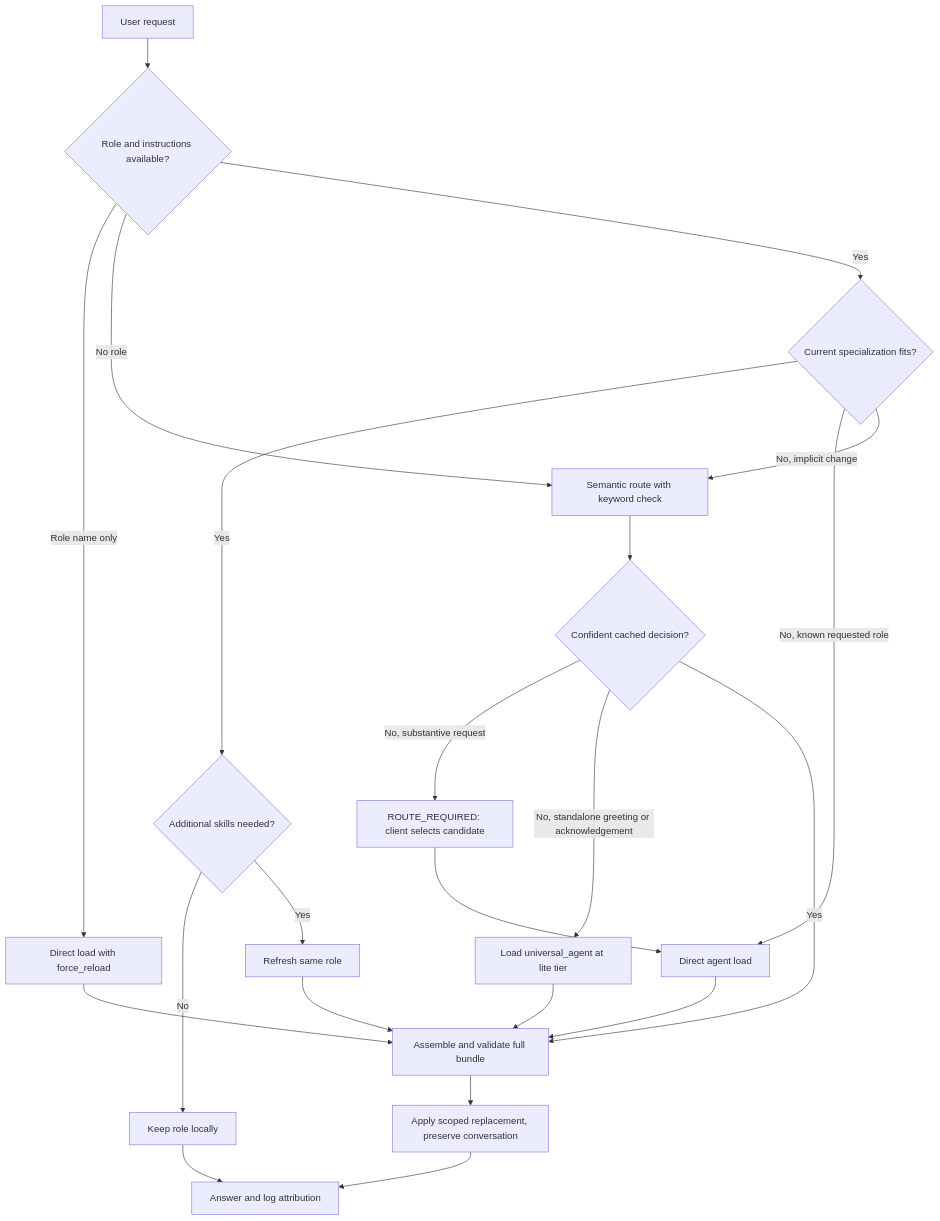
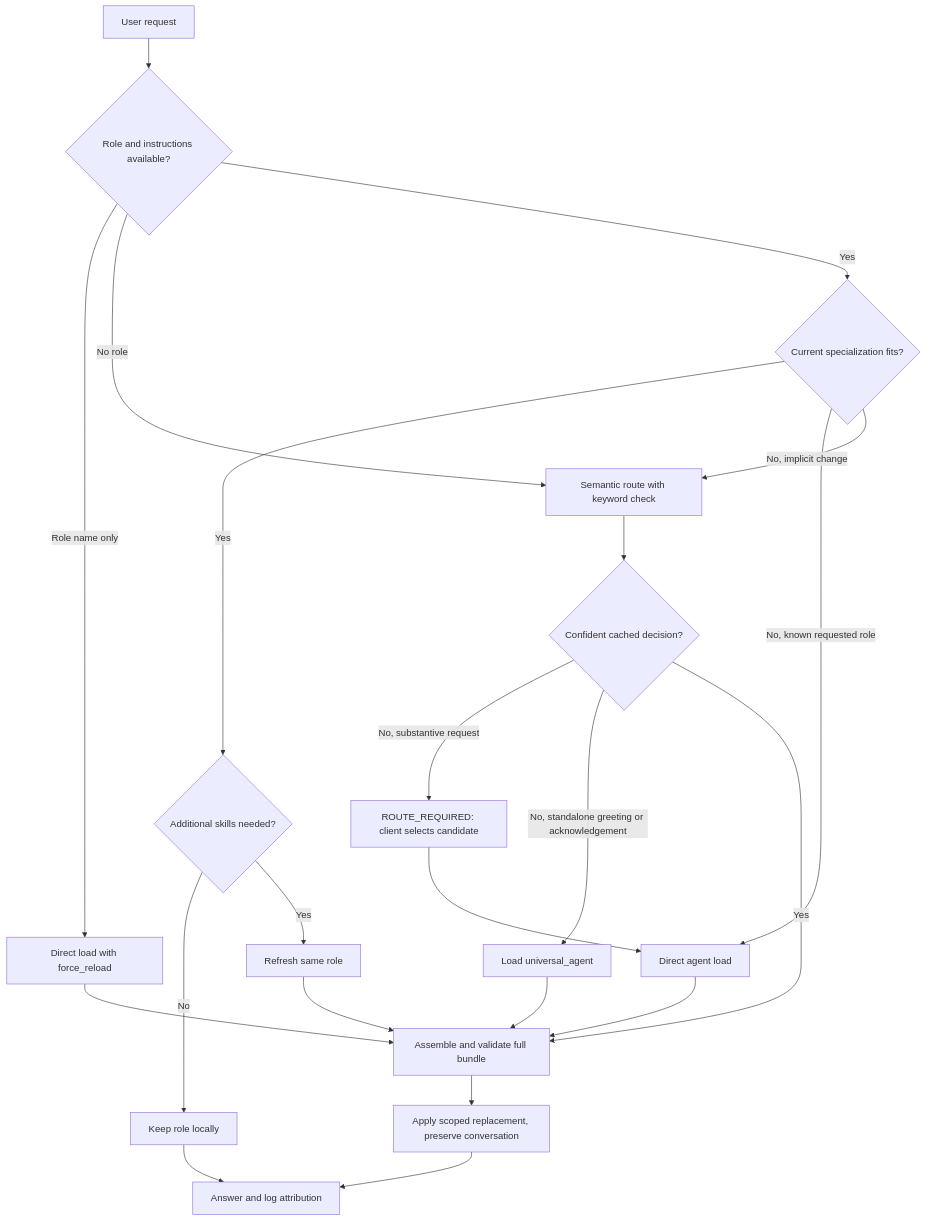
One commit to IEZhu/Agents changed the diagram in docs/routing_flow.md. Above: the diagram before and after it, drawn with Mermaid. The commit also changed other lines of this file and 19 other files, not shown here.

````diff
--- a/docs/routing_flow.md
+++ b/docs/routing_flow.md
@@ -11,24 +11,24 @@
 ```mermaid
 flowchart TD
     Q[User request] --> Known{Role and instructions available?}
     Known -->|Role name only| Restore[Direct load with force_reload]
     Known -->|No role| Route[Semantic route with keyword check]
     Known -->|Yes| Fit{Current specialization fits?}
     Fit -->|Yes| Skills{Additional skills needed?}
     Skills -->|No| Keep[Keep role locally]
     Skills -->|Yes| Refresh[Refresh same role]
     Fit -->|No, known requested role| Direct[Direct agent load]
     Fit -->|No, implicit change| Route
     Route --> Choice{Confident cached decision?}
     Choice -->|No, substantive request| Pick[ROUTE_REQUIRED: client selects candidate]
-    Choice -->|No, standalone greeting or acknowledgement| Meta[Load universal_agent at lite tier]
+    Choice -->|No, standalone greeting or acknowledgement| Meta[Load universal_agent]
     Choice -->|Yes| Bundle[Assemble and validate full bundle]
     Meta --> Bundle
     Pick --> Direct
     Direct --> Bundle
     Restore --> Bundle
     Refresh --> Bundle
     Bundle --> Apply[Apply scoped replacement, preserve conversation]
     Keep --> Answer[Answer and log attribution]
     Apply --> Answer
 ```
````
